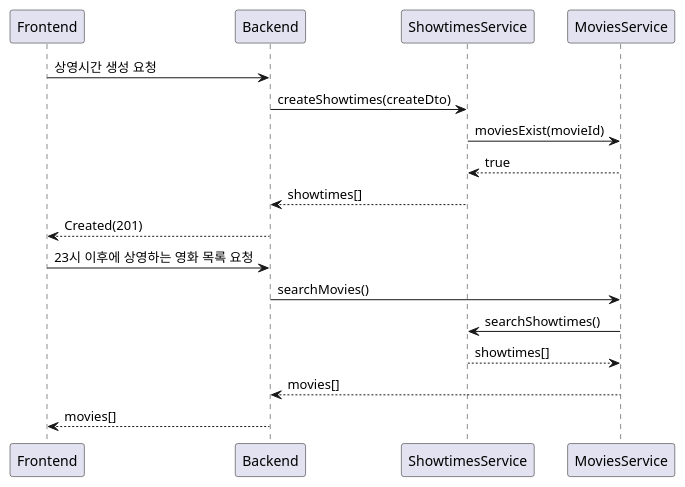
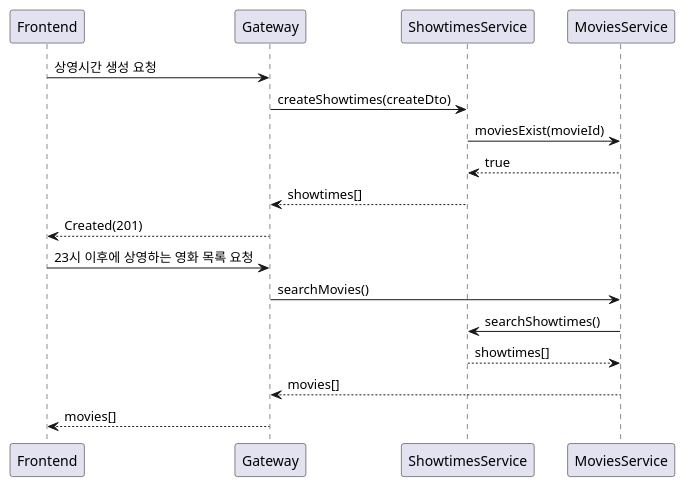
Before and after one commit to mannercode/mannercode.github.io: diagram 12 of 14 in _posts/2025-05-01-backend-design-2.md, drawn with PlantUML. The commit also changed other lines of this file and 159 other files, not shown here.

First line of the commit message:
Add UML diagrams for Movie Booking System and update sequence diagrams

```diff
--- a/_posts/2025-05-01-backend-design-2.md
+++ b/_posts/2025-05-01-backend-design-2.md
@@ -512,17 +512,17 @@
 {% plantuml %}
 @startuml
-Frontend -> Backend: 상영시간 생성 요청
-    Backend -> ShowtimesService: createShowtimes(createDto)
+Frontend -> Gateway: 상영시간 생성 요청
+    Gateway -> ShowtimesService: createShowtimes(createDto)
         ShowtimesService -> MoviesService: moviesExist(movieId)
         ShowtimesService <-- MoviesService: true
-    Backend <-- ShowtimesService: showtimes[]
-Frontend <-- Backend: Created(201)
+    Gateway <-- ShowtimesService: showtimes[]
+Frontend <-- Gateway: Created(201)
 
-Frontend -> Backend: 23시 이후에 상영하는 영화 목록 요청
-    Backend -> MoviesService: searchMovies()
+Frontend -> Gateway: 23시 이후에 상영하는 영화 목록 요청
+    Gateway -> MoviesService: searchMovies()
         MoviesService -> ShowtimesService: searchShowtimes()
         MoviesService <-- ShowtimesService: showtimes[]
-    Backend <-- MoviesService: movies[]
-Frontend <-- Backend: movies[]
+    Gateway <-- MoviesService: movies[]
+Frontend <-- Gateway: movies[]
 @enduml
 {% endplantuml %}
```
